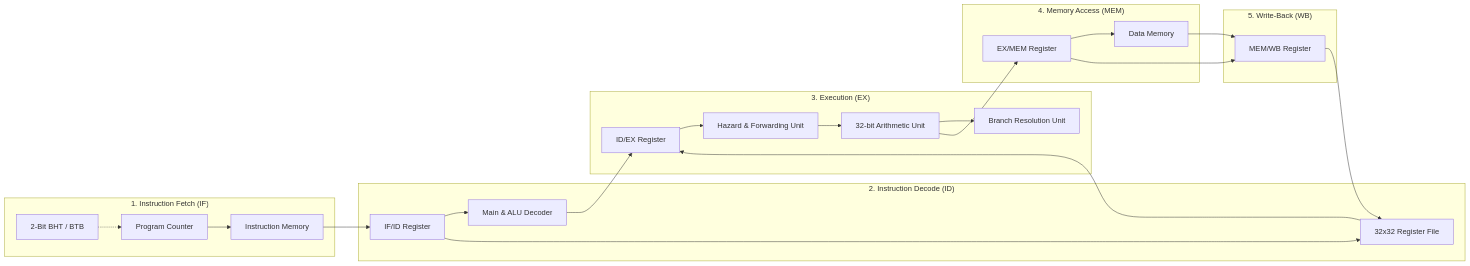
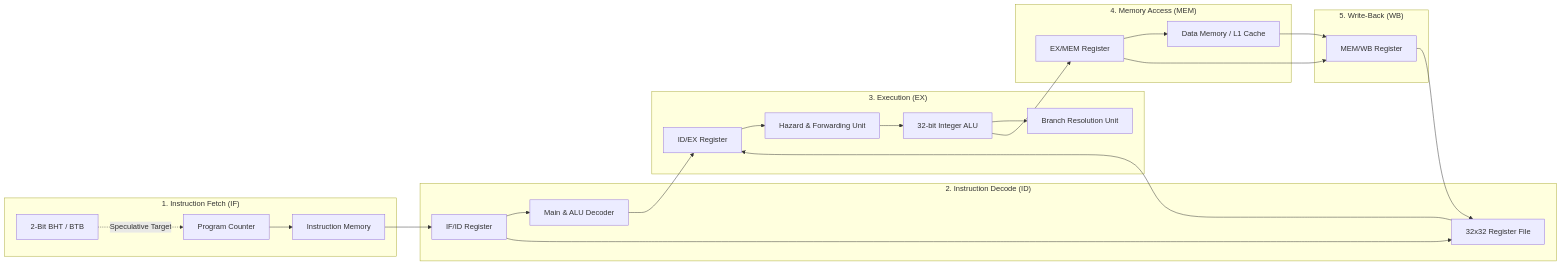
Before and after one commit to shausindustries/Mips_32_processor: the first of 2 diagrams in README.md, drawn with Mermaid. The commit also changed other lines of this file, not shown here.

````diff
--- a/README.md
+++ b/README.md
@@ -26,32 +51,32 @@
 ```mermaid
 graph LR
     subgraph IF ["1. Instruction Fetch (IF)"]
         PC["Program Counter"] --> IMEM["Instruction Memory"]
-        BHT["2-Bit BHT / BTB"] -.-> PC
+        BHT["2-Bit BHT / BTB"] -. "Speculative Target" .-> PC
     end
 
     subgraph ID ["2. Instruction Decode (ID)"]
         IMEM --> IF_ID["IF/ID Register"]
         IF_ID --> CTRL["Main & ALU Decoder"]
         IF_ID --> RF["32x32 Register File"]
     end
 
     subgraph EX ["3. Execution (EX)"]
         CTRL --> ID_EX["ID/EX Register"]
         RF --> ID_EX
         ID_EX --> FWD["Hazard & Forwarding Unit"]
-        FWD --> ALU["32-bit Arithmetic Unit"]
+        FWD --> ALU["32-bit Integer ALU"]
         ALU --> BR_EVAL["Branch Resolution Unit"]
     end
 
     subgraph MEM ["4. Memory Access (MEM)"]
         ALU --> EX_MEM["EX/MEM Register"]
-        EX_MEM --> DMEM["Data Memory"]
+        EX_MEM --> DMEM["Data Memory / L1 Cache"]
     end
 
     subgraph WB ["5. Write-Back (WB)"]
         DMEM --> MEM_WB["MEM/WB Register"]
         EX_MEM --> MEM_WB
         MEM_WB --> RF
     end
 ```
````
